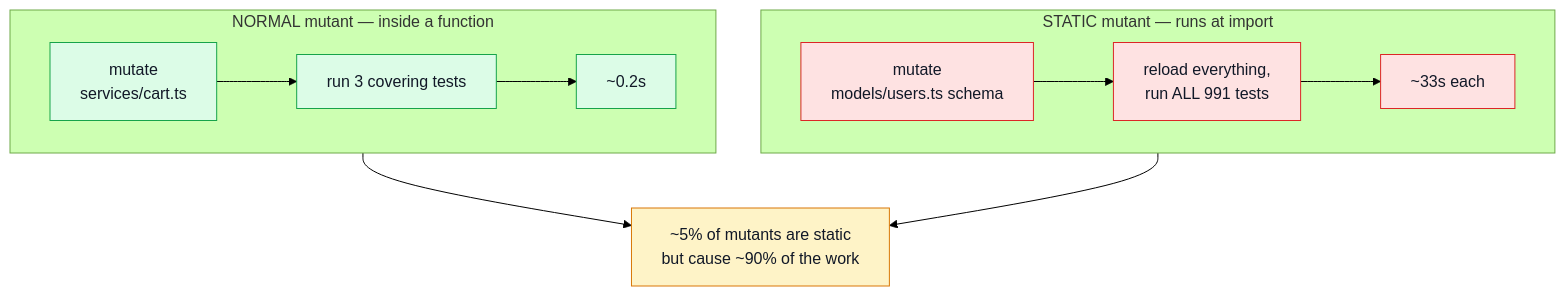
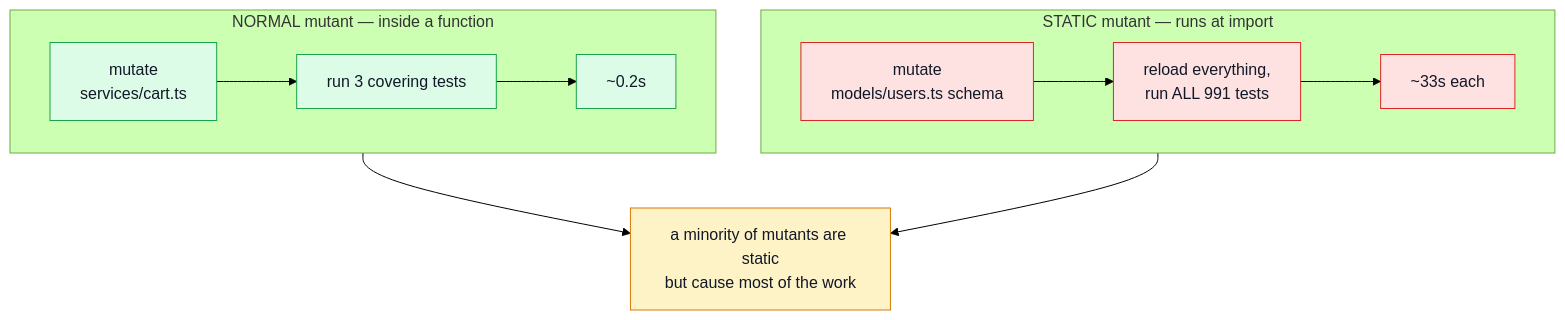
Before and after one commit to Guebbit/boilerplate-node-backend: the seventh of 10 diagrams in docs/tools/mutation-testing.md, drawn with Mermaid (forest theme). The commit also changed other lines of this file and 32 other files, not shown here.

````diff
--- a/docs/tools/mutation-testing.md
+++ b/docs/tools/mutation-testing.md
@@ -981,21 +981,21 @@
 ```mermaid
 %%{init: {'flowchart': {'nodeSpacing': 45, 'rankSpacing': 55}}}%%
 flowchart TB
     subgraph Normal["NORMAL mutant — inside a function"]
         direction LR
         N1["mutate\nservices/cart.ts"] --> N2["run 3 covering tests"] --> N3["~0.2s"]
     end
     subgraph Static["STATIC mutant — runs at import"]
         direction LR
         S1["mutate\nmodels/users.ts schema"] --> S2["reload everything,\nrun ALL 991 tests"] --> S3["~33s each"]
     end
-    Normal --> Cost["~5% of mutants are static\nbut cause ~90% of the work"]
+    Normal --> Cost["a minority of mutants are static\nbut cause most of the work"]
     Static --> Cost
 
     classDef good fill:#dcfce7,stroke:#16a34a,color:#111827;
     classDef bad fill:#fee2e2,stroke:#dc2626,color:#111827;
     classDef out fill:#fef3c7,stroke:#d97706,color:#111827;
     class N1,N2,N3 good;
     class S1,S2,S3 bad;
     class Cost out;
 ```
````
